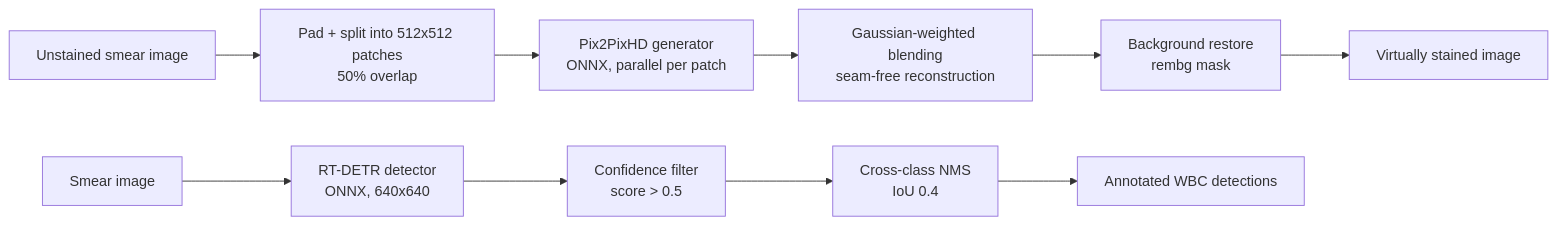
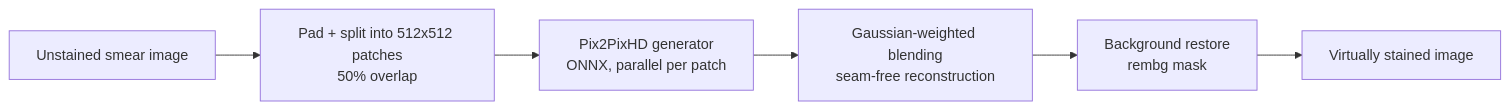
Before and after one commit to musfirakhan/hemaidx-inference: the diagram in README.md, drawn with Mermaid. The commit also changed other lines of this file, not shown here.

````diff
--- a/README.md
+++ b/README.md
@@ -9,13 +9,9 @@
 ```mermaid
 flowchart LR
     A[Unstained smear image] --> B[Pad + split into 512x512 patches<br/>50% overlap]
     B --> C[Pix2PixHD generator<br/>ONNX, parallel per patch]
     C --> D[Gaussian-weighted blending<br/>seam-free reconstruction]
     D --> E[Background restore<br/>rembg mask]
     E --> F[Virtually stained image]
 
-    G[Smear image] --> H[RT-DETR detector<br/>ONNX, 640x640]
-    H --> I[Confidence filter<br/>score > 0.5]
-    I --> J[Cross-class NMS<br/>IoU 0.4]
-    J --> K[Annotated WBC detections]
 ```
````
